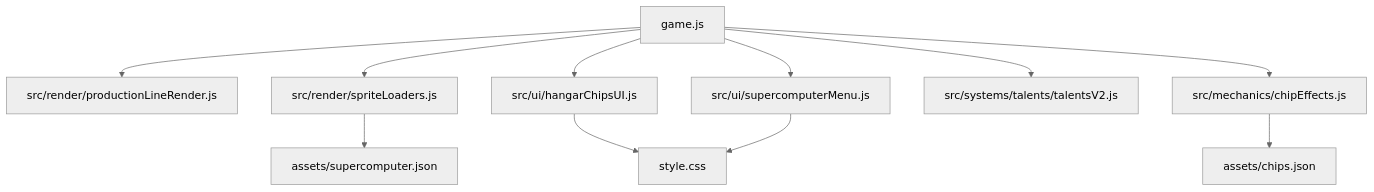
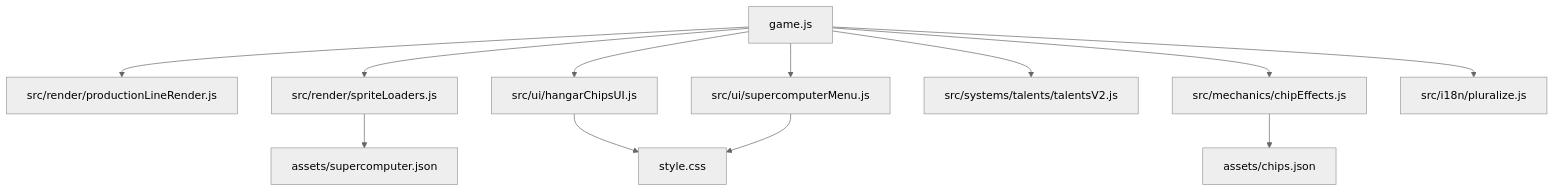
Before and after one commit to hisokapvp/Tank-Merge-Zombie-Defense: the diagram in docs/ai/PROJECT_MAP.md, drawn with Mermaid (neutral theme). The commit also changed other lines of this file and 13 other files, not shown here.

````diff
--- a/docs/ai/PROJECT_MAP.md
+++ b/docs/ai/PROJECT_MAP.md
@@ -93,13 +95,14 @@
 ```mermaid
 graph TD
   A[game.js] --> B[src/render/productionLineRender.js]
   A --> C[src/render/spriteLoaders.js]
   A --> D[src/ui/supercomputerMenu.js]
   A --> E[src/ui/hangarChipsUI.js]
   A --> F[src/systems/talents/talentsV2.js]
   A --> G[src/mechanics/chipEffects.js]
+  A --> P[src/i18n/pluralize.js]
   C --> H[assets/supercomputer.json]
   E --> I[style.css]
   D --> I
   G --> J[assets/chips.json]
 ```
````
